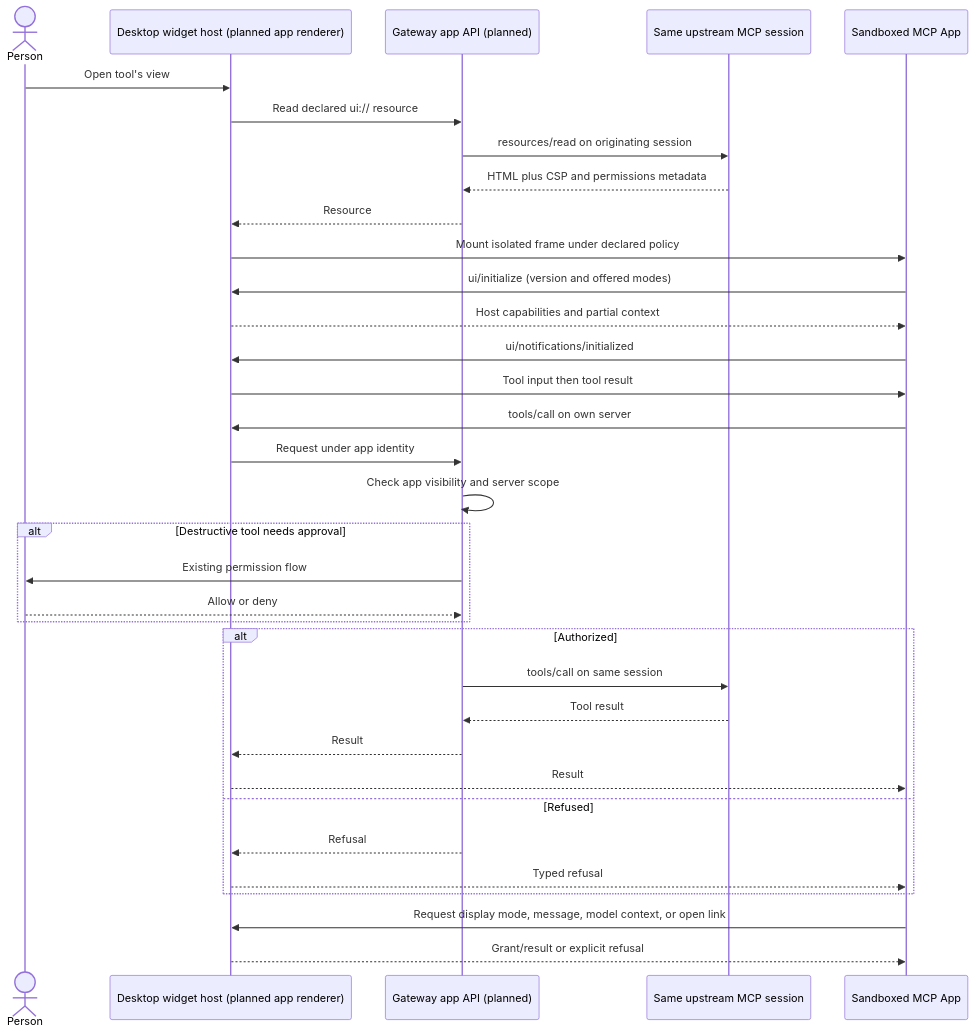
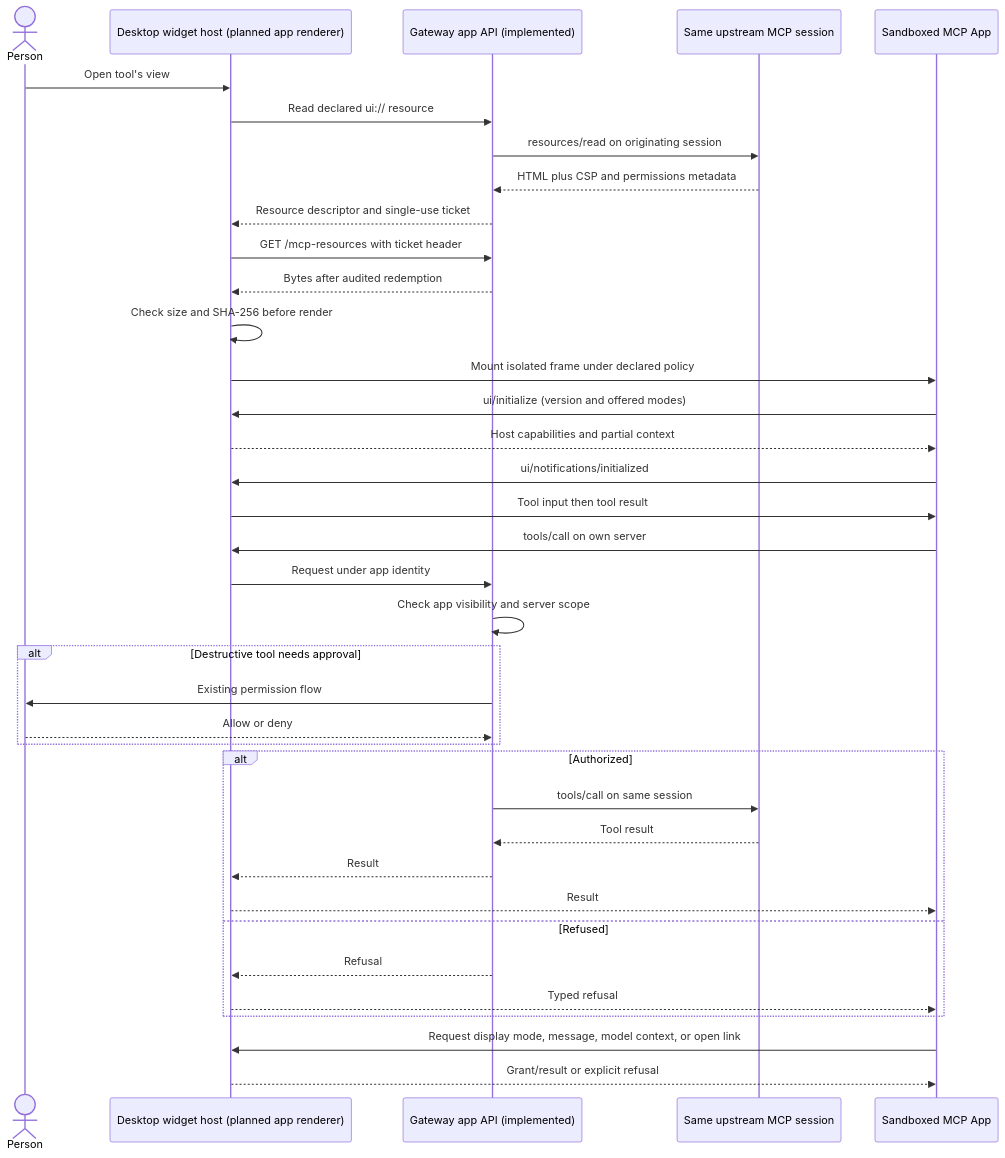
The second of 9 diagrams in docs/mapping/features/extensions-ui.md (nessalabs/nessa-agent), drawn with Mermaid before and after one commit. The commit also changed other lines of this file and 2 other files, not shown here.

Commit message:
docs: refresh MCP App backend flows for current main

````diff
--- a/docs/mapping/features/extensions-ui.md
+++ b/docs/mapping/features/extensions-ui.md
@@ -87,36 +91,39 @@
 ```mermaid
 sequenceDiagram
   actor Person
   participant Widget as Desktop widget host (planned app renderer)
-  participant Gateway as Gateway app API (planned)
+  participant Gateway as Gateway app API (implemented)
   participant Server as Same upstream MCP session
   participant App as Sandboxed MCP App
   Person->>Widget: Open tool's view
   Widget->>Gateway: Read declared ui:// resource
   Gateway->>Server: resources/read on originating session
   Server-->>Gateway: HTML plus CSP and permissions metadata
-  Gateway-->>Widget: Resource
+  Gateway-->>Widget: Resource descriptor and single-use ticket
+  Widget->>Gateway: GET /mcp-resources with ticket header
+  Gateway-->>Widget: Bytes after audited redemption
+  Widget->>Widget: Check size and SHA-256 before render
   Widget->>App: Mount isolated frame under declared policy
   App->>Widget: ui/initialize (version and offered modes)
   Widget-->>App: Host capabilities and partial context
   App->>Widget: ui/notifications/initialized
   Widget->>App: Tool input then tool result
   App->>Widget: tools/call on own server
   Widget->>Gateway: Request under app identity
   Gateway->>Gateway: Check app visibility and server scope
   alt Destructive tool needs approval
     Gateway->>Person: Existing permission flow
     Person-->>Gateway: Allow or deny
   end
   alt Authorized
     Gateway->>Server: tools/call on same session
     Server-->>Gateway: Tool result
     Gateway-->>Widget: Result
     Widget-->>App: Result
   else Refused
     Gateway-->>Widget: Refusal
     Widget-->>App: Typed refusal
   end
   App->>Widget: Request display mode, message, model context, or open link
   Widget-->>App: Grant/result or explicit refusal
 ```
````
